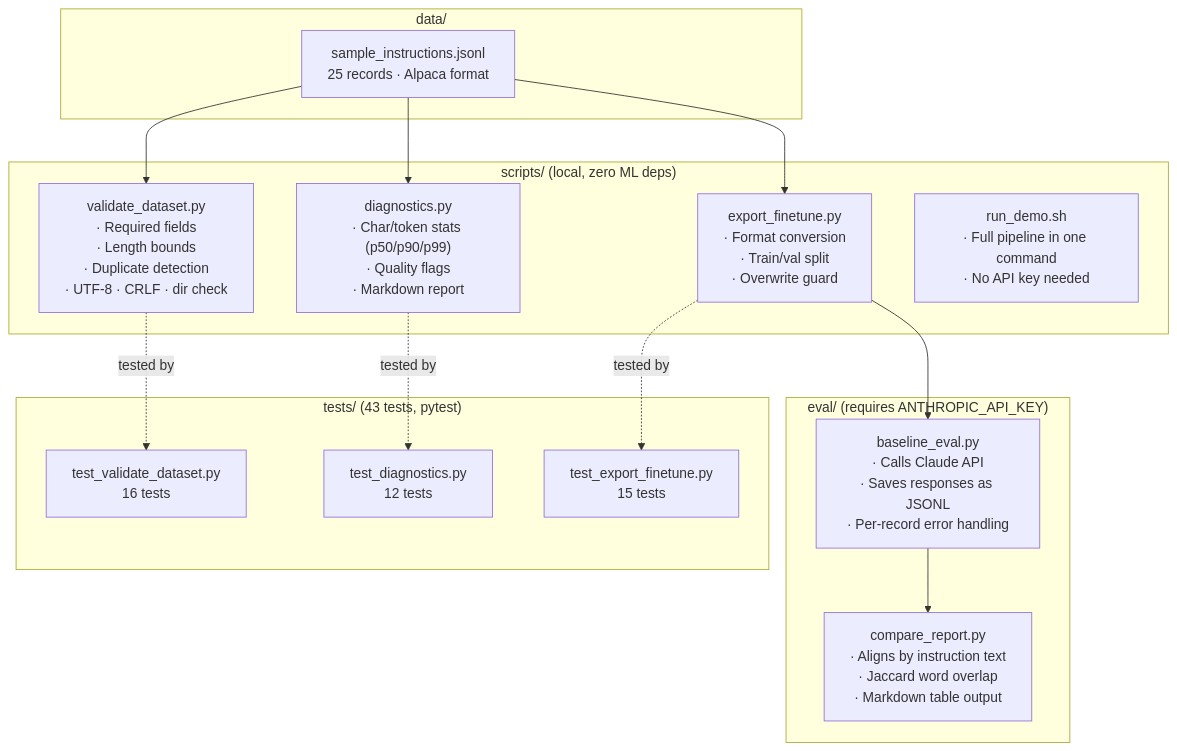
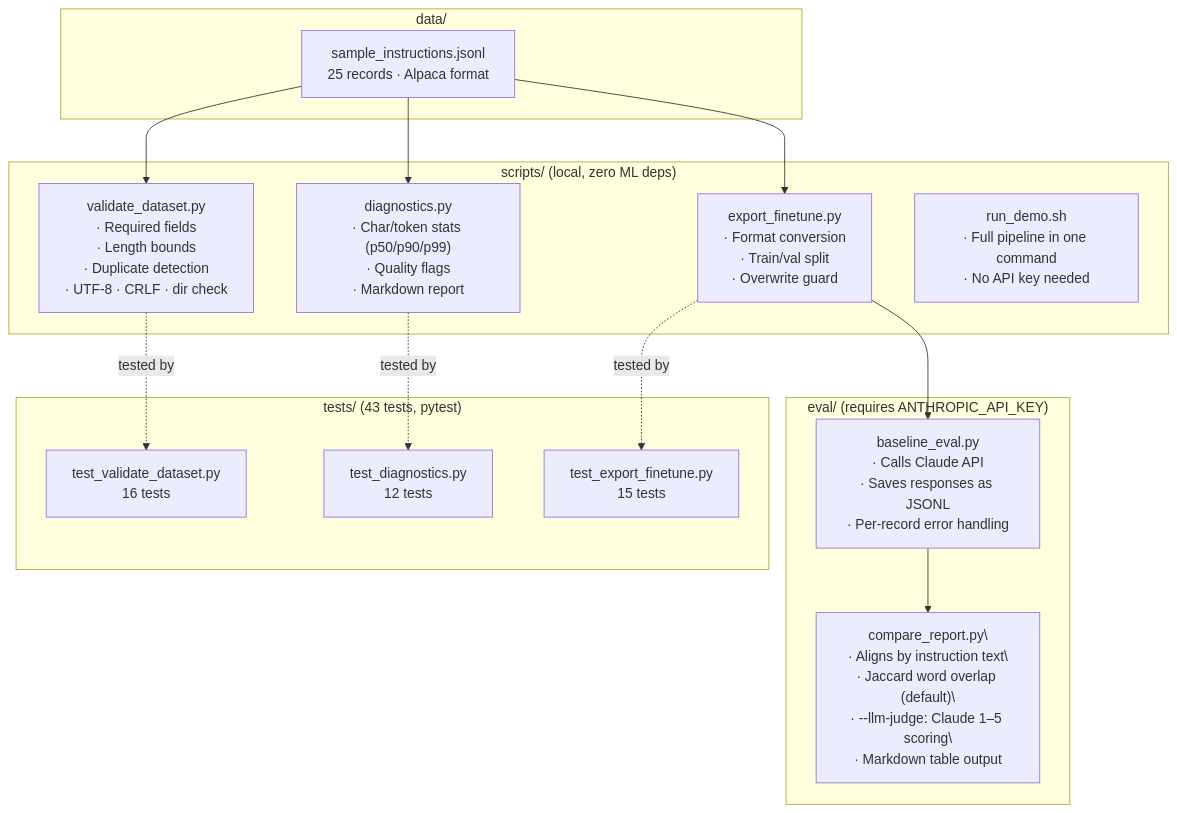
The third of 5 diagrams in docs/architecture.md (manjunath-hanmantgad/Fine_tuning_eval_pipeline), drawn with Mermaid before and after one commit. The commit also changed 17 other files, not shown here.

````diff
--- a/docs/architecture.md
+++ b/docs/architecture.md
@@ -64,32 +64,32 @@
 ```mermaid
 graph TB
     subgraph data ["data/"]
         D1["sample_instructions.jsonl\n25 records · Alpaca format"]
     end
 
     subgraph scripts ["scripts/  (local, zero ML deps)"]
         S1["validate_dataset.py\n· Required fields\n· Length bounds\n· Duplicate detection\n· UTF-8 · CRLF · dir check"]
         S2["diagnostics.py\n· Char/token stats (p50/p90/p99)\n· Quality flags\n· Markdown report"]
         S3["export_finetune.py\n· Format conversion\n· Train/val split\n· Overwrite guard"]
         S4["run_demo.sh\n· Full pipeline in one command\n· No API key needed"]
     end
 
     subgraph eval ["eval/  (requires ANTHROPIC_API_KEY)"]
         E1["baseline_eval.py\n· Calls Claude API\n· Saves responses as JSONL\n· Per-record error handling"]
-        E2["compare_report.py\n· Aligns by instruction text\n· Jaccard word overlap\n· Markdown table output"]
+        E2["compare_report.py\\n· Aligns by instruction text\\n· Jaccard word overlap (default)\\n· --llm-judge: Claude 1–5 scoring\\n· Markdown table output"]
     end
 
     subgraph tests ["tests/  (43 tests, pytest)"]
         T1["test_validate_dataset.py\n16 tests"]
         T2["test_diagnostics.py\n12 tests"]
         T3["test_export_finetune.py\n15 tests"]
     end
 
     D1 --> S1 & S2 & S3
     S3 --> E1
     E1 --> E2
 
     S1 -. tested by .-> T1
     S2 -. tested by .-> T2
     S3 -. tested by .-> T3
 ```
````
